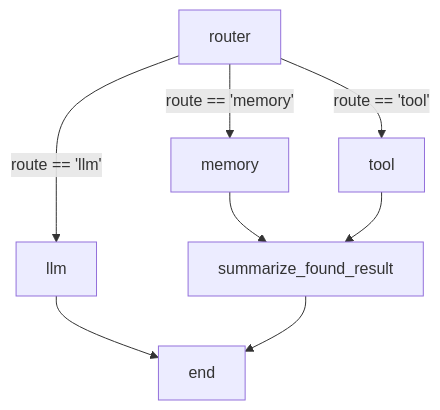
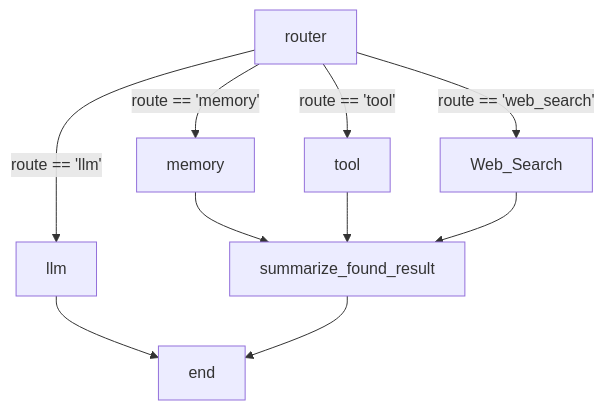
The diagram in app/ginarr/flow.md (ypeskov/Ginarr), drawn with Mermaid before and after one commit. The commit also changed 10 other files, not shown here.

Commit message:
added web search through Tavily

````diff
--- a/app/ginarr/flow.md
+++ b/app/ginarr/flow.md
@@ -1,19 +1,21 @@
 ```mermaid
 graph TD
     Router["router"]
     Memory["memory"]
     Tool["tool"]
     LLM["llm"]
     Summarize["summarize_found_result"]
     End["end"]
 
     Router -->|route == 'memory'| Memory
     Router -->|route == 'tool'| Tool
     Router -->|route == 'llm'| LLM
+    Router -->|route == 'web_search'| Web_Search
 
     Memory --> Summarize
     Tool --> Summarize
+    Web_Search --> Summarize
 
     LLM --> End
     Summarize --> End
 ```
````
